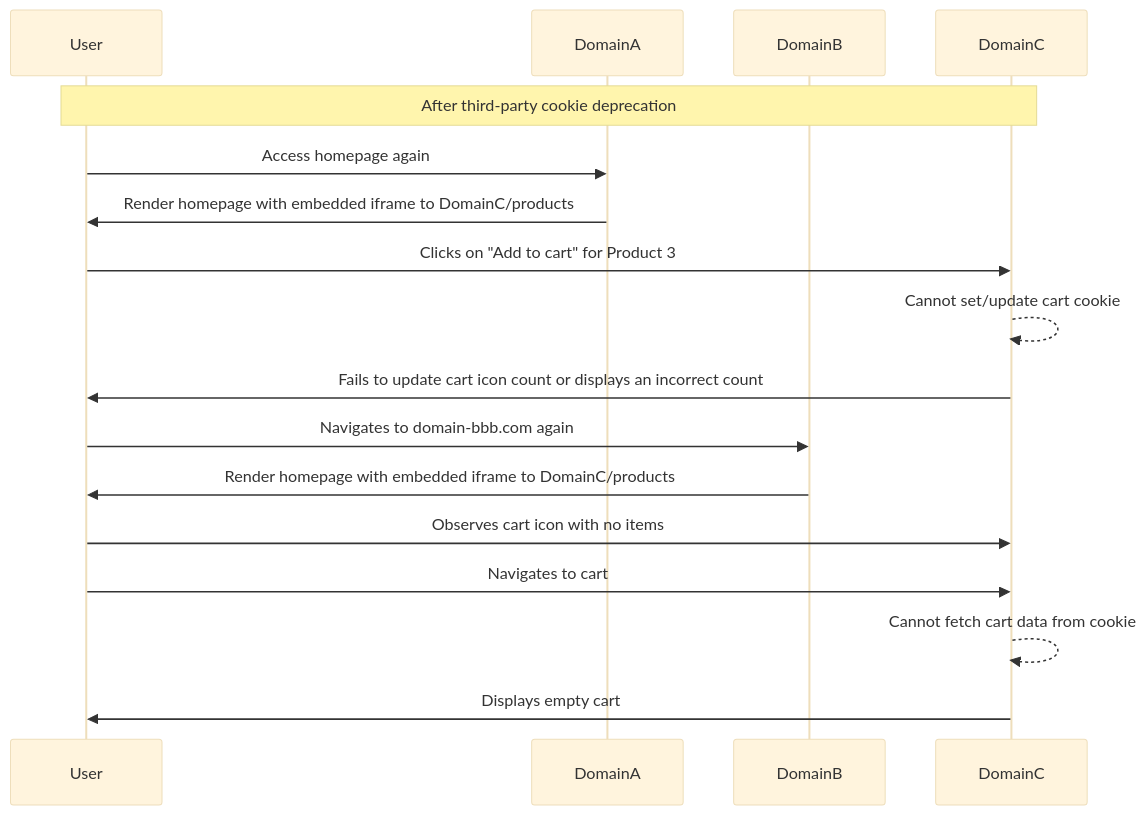
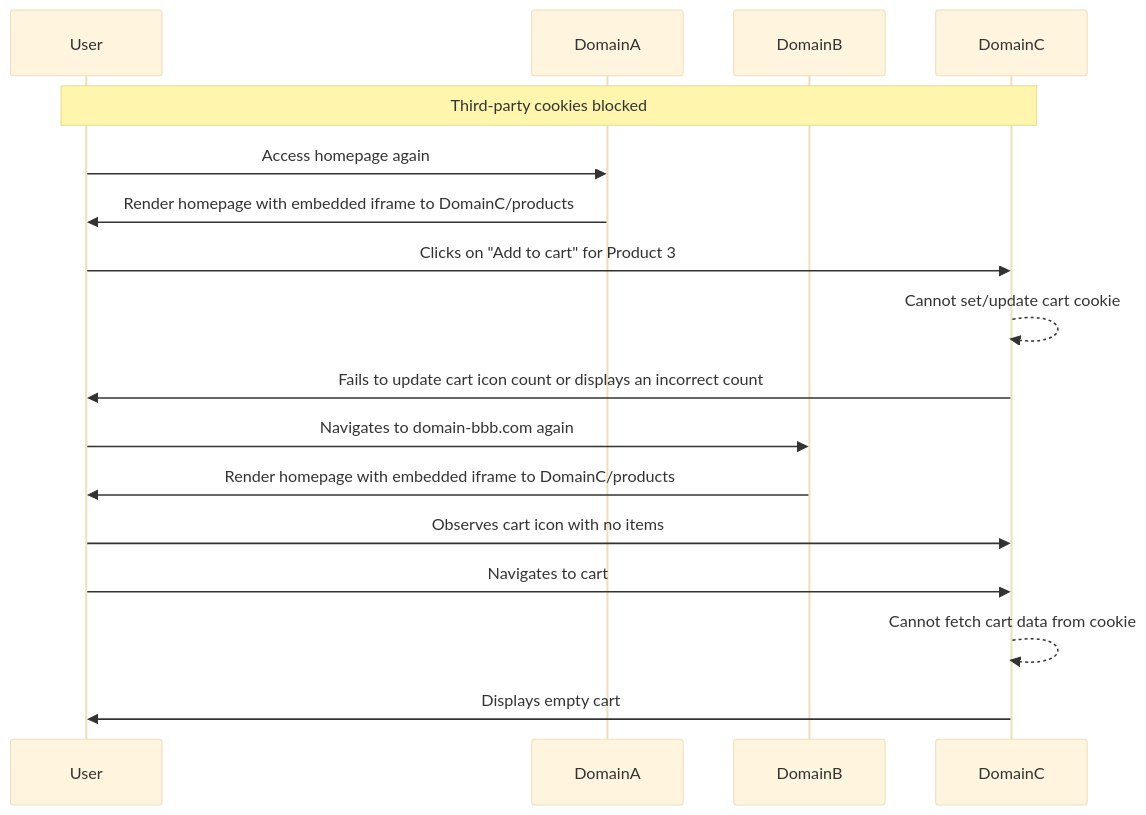
Before and after one commit to rtCamp/ps-analysis-tool-wiki: the third of 7 diagrams in Example-analysis-scenarios.md, drawn with Mermaid (base theme). The commit also changed other lines of this file and 5 other files, not shown here.

````diff
--- a/Example-analysis-scenarios.md
+++ b/Example-analysis-scenarios.md
@@ -127,21 +127,21 @@
 ```mermaid
 sequenceDiagram
     participant User
     participant DomainA
     participant DomainB
     participant DomainC
 
-    Note over User,DomainC: After third-party cookie deprecation
+    Note over User,DomainC: Third-party cookies blocked
 
     User->>DomainA: Access homepage again
     DomainA->>User: Render homepage with embedded iframe to DomainC/products
     User->>DomainC: Clicks on "Add to cart" for Product 3
     DomainC-->>DomainC: Cannot set/update cart cookie
     DomainC->>User: Fails to update cart icon count or displays an incorrect count
     User->>DomainB: Navigates to domain-bbb.com again
     DomainB->>User: Render homepage with embedded iframe to DomainC/products
     User->>DomainC: Observes cart icon with no items
     User->>DomainC: Navigates to cart
     DomainC-->>DomainC: Cannot fetch cart data from cookie
     DomainC->>User: Displays empty cart
 ```
````
